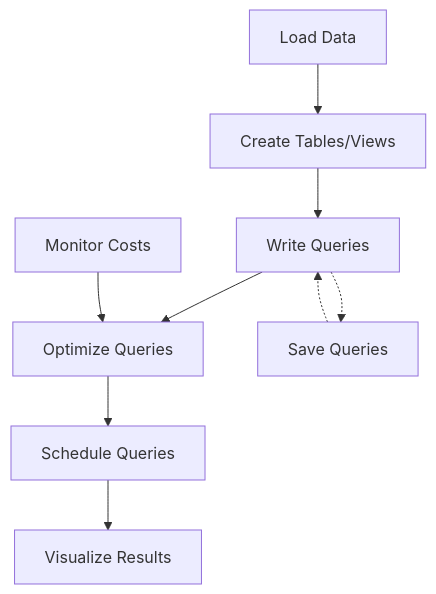
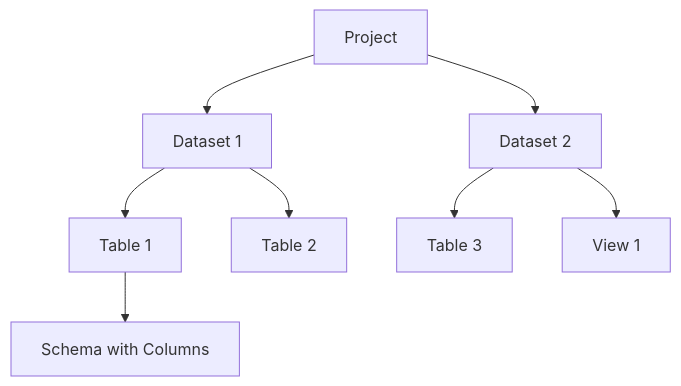
The second of 2 diagrams in apps-standalone/ayokoding-web/content/en/learn/crash-courses/swe/data/storage/bigquery/basics.md (wahidyankf/oss), drawn with Mermaid before and after one commit. The commit also changed other lines of this file and 40 other files, not shown here.

````diff
--- a/apps-standalone/ayokoding-web/content/en/learn/crash-courses/swe/data/storage/bigquery/basics.md
+++ b/apps-standalone/ayokoding-web/content/en/learn/crash-courses/swe/data/storage/bigquery/basics.md
@@ -421,13 +71,10 @@
 ```mermaid
 graph TD
-    A[Load Data] --> B[Create Tables/Views]
-    B --> C[Write Queries]
-    C --> D[Optimize Queries]
-    D --> E[Schedule Queries]
-    E --> F[Visualize Results]
-
-    C -.-> G[Save Queries]
-    G -.-> C
-
-    H[Monitor Costs] --> D
+    A[Project] --> B[Dataset 1]
+    A --> C[Dataset 2]
+    B --> D[Table 1]
+    B --> E[Table 2]
+    C --> F[Table 3]
+    C --> G[View 1]
+    D --> H[Schema with Columns]
 ```
````
